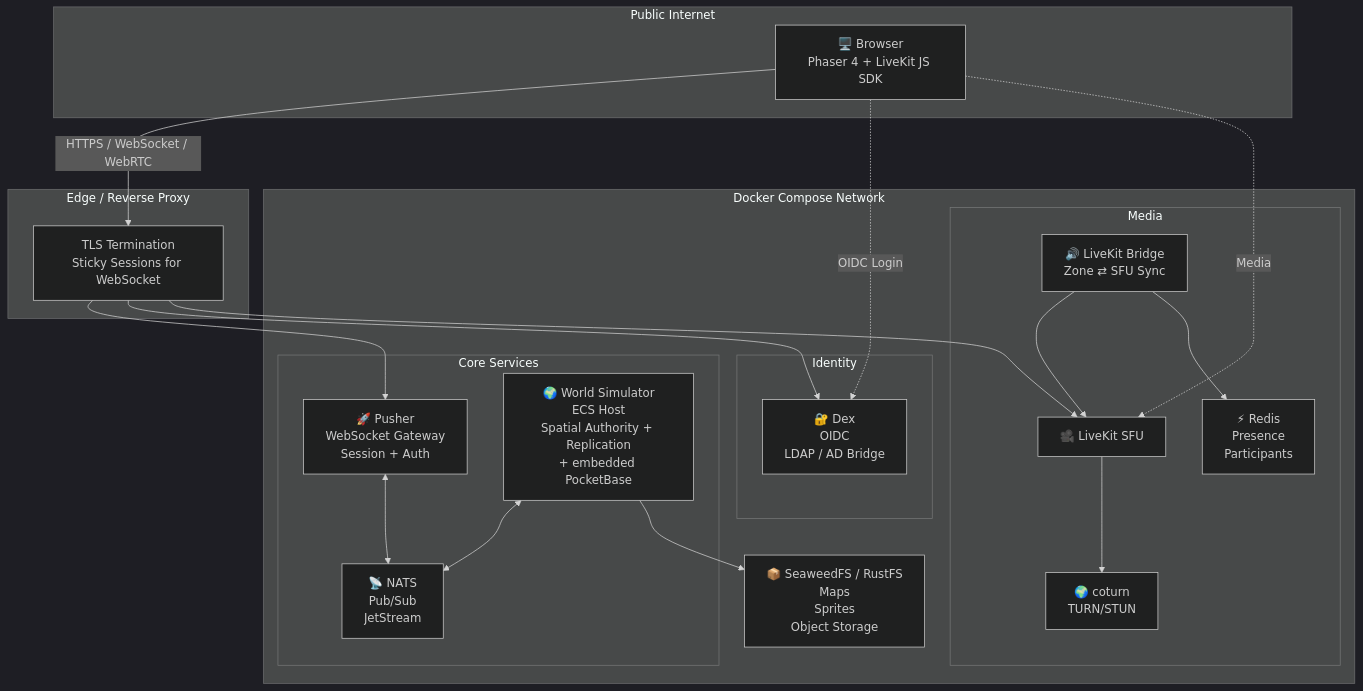
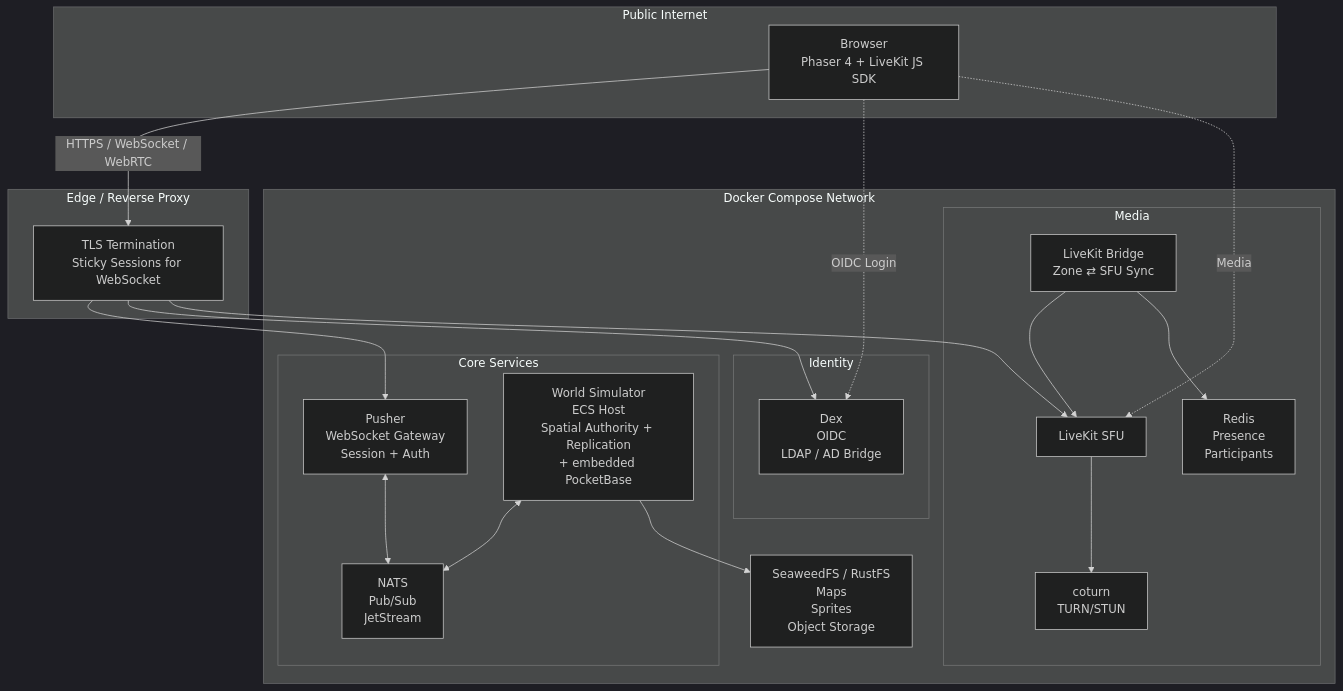
Before and after one commit to lstep/PixelEruv: the first of 3 diagrams in documentation/05-architecture.md, drawn with Mermaid (dark theme). The commit also changed 3 other files, not shown here.

Commit message:
docs: de-slop architecture diagrams and marketing copy

````diff
--- a/documentation/05-architecture.md
+++ b/documentation/05-architecture.md
@@ -17,83 +17,83 @@
 ```mermaid
 flowchart TB
 
     %% ===========================
     %% Public Internet
     %% ===========================
 
     subgraph Internet["Public Internet"]
-        Browser["🖥️ Browser<br/>Phaser 4 + LiveKit JS SDK"]
+        Browser["Browser<br/>Phaser 4 + LiveKit JS SDK"]
     end
 
     Browser -->|HTTPS / WebSocket / WebRTC| Edge
 
     %% ===========================
     %% Edge
     %% ===========================
 
     subgraph EdgeNetwork["Edge / Reverse Proxy"]
         Edge["TLS Termination<br/>Sticky Sessions for WebSocket"]
     end
 
     %% ===========================
     %% Internal Network
     %% ===========================
 
     subgraph Internal["Docker Compose Network"]
 
         subgraph Core["Core Services"]
 
-            Pusher["🚀 Pusher<br/>WebSocket Gateway<br/>Session + Auth"]
+            Pusher["Pusher<br/>WebSocket Gateway<br/>Session + Auth"]
 
-            WorldSim["🌍 World Simulator<br/>ECS Host<br/>Spatial Authority + Replication<br/>+ embedded PocketBase"]
+            WorldSim["World Simulator<br/>ECS Host<br/>Spatial Authority + Replication<br/>+ embedded PocketBase"]
 
-            NATS["📡 NATS<br/>Pub/Sub<br/>JetStream"]
+            NATS["NATS<br/>Pub/Sub<br/>JetStream"]
 
         end
 
         subgraph Identity["Identity"]
 
-            Dex["🔐 Dex<br/>OIDC<br/>LDAP / AD Bridge"]
+            Dex["Dex<br/>OIDC<br/>LDAP / AD Bridge"]
 
         end
 
         subgraph Media["Media"]
 
-            LiveKit["🎥 LiveKit SFU"]
+            LiveKit["LiveKit SFU"]
 
-            Bridge["🔊 LiveKit Bridge<br/>Zone ⇄ SFU Sync"]
+            Bridge["LiveKit Bridge<br/>Zone ⇄ SFU Sync"]
 
-            Redis["⚡ Redis<br/>Presence<br/>Participants"]
+            Redis["Redis<br/>Presence<br/>Participants"]
 
-            Coturn["🌍 coturn<br/>TURN/STUN"]
+            Coturn["coturn<br/>TURN/STUN"]
 
         end
 
-        Assets["📦 SeaweedFS / RustFS<br/>Maps<br/>Sprites<br/>Object Storage"]
+        Assets["SeaweedFS / RustFS<br/>Maps<br/>Sprites<br/>Object Storage"]
 
     end
 
     %% ===========================
     %% Connections
     %% ===========================
 
     Edge --> Pusher
     Edge --> Dex
     Edge --> LiveKit
 
     Pusher <--> NATS
 
     WorldSim <--> NATS
 
     Bridge --> LiveKit
 
     Bridge --> Redis
 
     LiveKit --> Coturn
 
     WorldSim --> Assets
 
     Browser -. OIDC Login .-> Dex
     Browser -. Media .-> LiveKit
 
 ```
````
